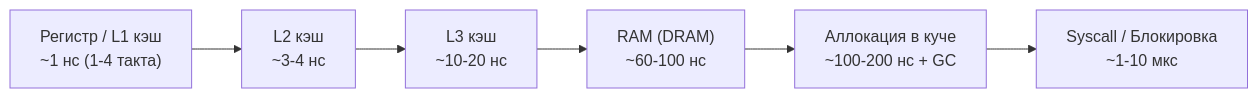
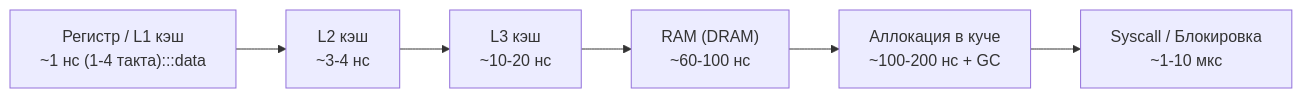
Before and after one commit to UnrealTemplier/go-textbook: the second of 3 diagrams in sources/16. Профилирование, отладка и производительность/01. Фундамент/1. Обзор раздела. Как мыслить о производительности.md, drawn with Mermaid. The commit also changed other lines of this file and 1666 other files, not shown here.

First line of the commit message:
feat(mermaid): add semantic color classDef to 1369 colorless flowchart/graph diagrams

````diff
--- a/sources/16. Профилирование, отладка и производительность/01. Фундамент/1. Обзор раздела. Как мыслить о производительности.md
+++ b/sources/16. Профилирование, отладка и производительность/01. Фундамент/1. Обзор раздела. Как мыслить о производительности.md
@@ -119,8 +129,18 @@
 ```mermaid
 flowchart LR
-    L1["Регистр / L1 кэш<br/>~1 нс (1-4 такта)"] --> L2["L2 кэш<br/>~3-4 нс"]
+    classDef process  fill:#1e293b,stroke:#38bdf8,stroke-width:1px,color:#f8fafc
+    classDef success  fill:#064e3b,stroke:#34d399,stroke-width:1px,color:#f8fafc
+    classDef error    fill:#7f1d1d,stroke:#f87171,stroke-width:1px,color:#f8fafc
+    classDef warning  fill:#78350f,stroke:#fbbf24,stroke-width:1px,color:#f8fafc
+    classDef entry    fill:#1e3a5f,stroke:#38bdf8,stroke-width:2px,color:#f8fafc
+    classDef aux      fill:#334155,stroke:#64748b,stroke-width:1px,color:#f8fafc
+    classDef system   fill:#312e81,stroke:#a78bfa,stroke-width:1px,color:#f8fafc
+    classDef data     fill:#132d29,stroke:#2dd4bf,stroke-width:1px,color:#f8fafc
+    classDef network  fill:#881337,stroke:#fb7185,stroke-width:1px,color:#f8fafc
+    classDef accent   fill:#1e1b4b,stroke:#818cf8,stroke-width:1px,color:#f8fafc
+    L1["Регистр / L1 кэш<br/>~1 нс (1-4 такта):::data"] --> L2["L2 кэш<br/>~3-4 нс"]
     L2 --> L3["L3 кэш<br/>~10-20 нс"]
     L3 --> RAM["RAM (DRAM)<br/>~60-100 нс"]
     RAM --> Heap["Аллокация в куче<br/>~100-200 нс + GC"]
     Heap --> Syscall["Syscall / Блокировка<br/>~1-10 мкс"]
 ```
````
